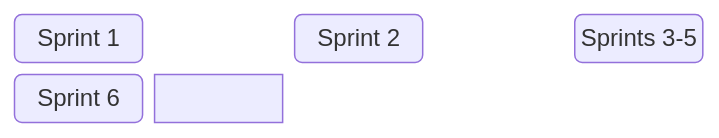
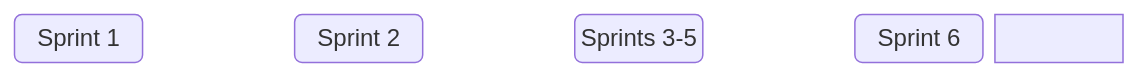
Before and after one commit to chingu-voyages/Handbook: the second of 2 diagrams in docs/guides/voyage/voyage.md, drawn with Mermaid.

Commit message:
Feature: Add new Voyage Process diagram

````diff
--- a/docs/guides/voyage/voyage.md
+++ b/docs/guides/voyage/voyage.md
@@ -243,6 +243,6 @@
 ```mermaid
 block-beta
-columns 6
+columns 8
 SPRINT1("Sprint 1") space SPRINT2("Sprint 2") space SPRINT35("Sprints 3-5") space SPRINT6("Sprint 6")
 SPRINT1-->SPRINT2-->SPRINT35-->SPRINT6
 ```
````
